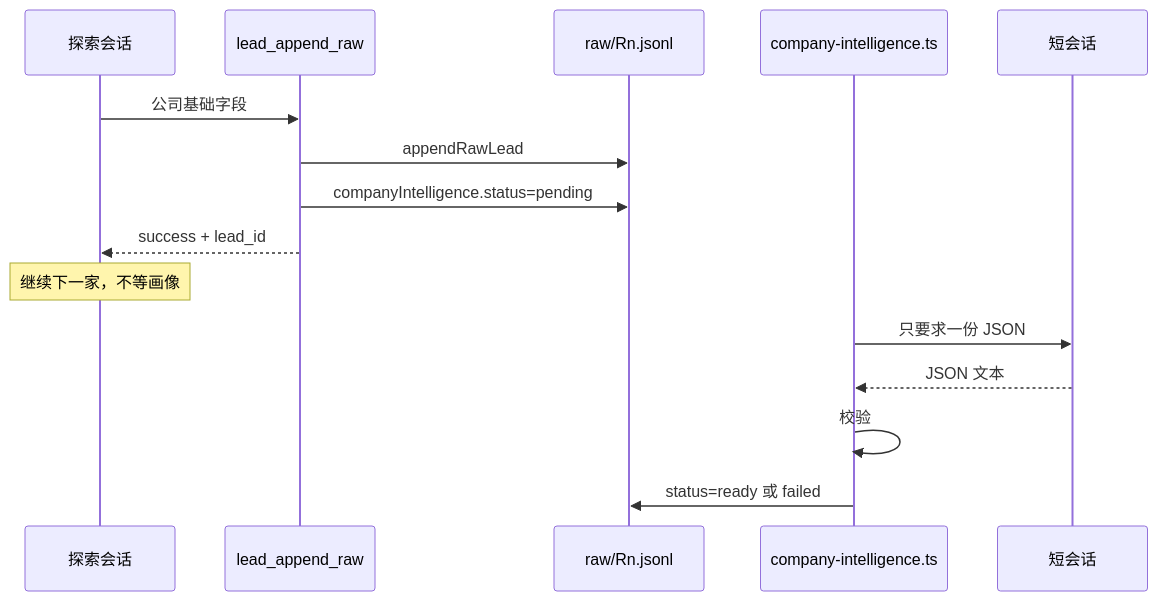
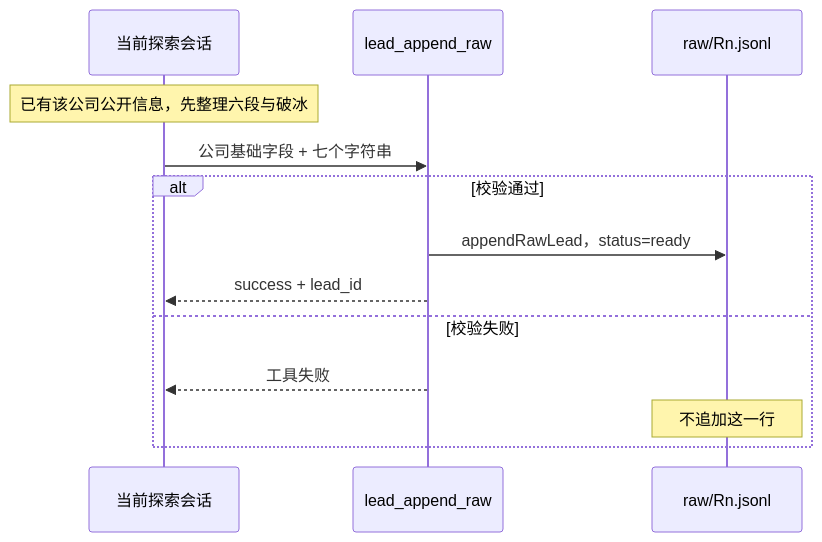
Before and after one commit to Pedro-MAFS/ftcs: the second of 2 diagrams in docs/design/US-CI-01-探索落库随写画像与破冰.md, drawn with Mermaid. The commit also changed other lines of this file and 1 other file, not shown here.

Commit message:
docs(design): write company intelligence in the explore session

````diff
--- a/docs/design/US-CI-01-探索落库随写画像与破冰.md
+++ b/docs/design/US-CI-01-探索落库随写画像与破冰.md
@@ -102,18 +106,16 @@
 ```mermaid
 sequenceDiagram
-  participant Agent as 探索会话
+  participant Agent as 当前探索会话
   participant MCP as lead_append_raw
   participant Disk as raw/Rn.jsonl
-  participant Desk as company-intelligence.ts
-  participant LLM as 短会话
 
-  Agent->>MCP: 公司基础字段
-  MCP->>Disk: appendRawLead
-  MCP->>Disk: companyIntelligence.status=pending
-  MCP-->>Agent: success + lead_id
-  Note over Agent: 继续下一家，不等画像
-  Desk->>LLM: 只要求一份 JSON
-  LLM-->>Desk: JSON 文本
-  Desk->>Desk: 校验
-  Desk->>Disk: status=ready 或 failed
+  Note over Agent: 已有该公司公开信息，先整理六段与破冰
+  Agent->>MCP: 公司基础字段 + 七个字符串
+  alt 校验通过
+    MCP->>Disk: appendRawLead，status=ready
+    MCP-->>Agent: success + lead_id
+  else 校验失败
+    MCP-->>Agent: 工具失败
+    Note over Disk: 不追加这一行
+  end
 ```
````
